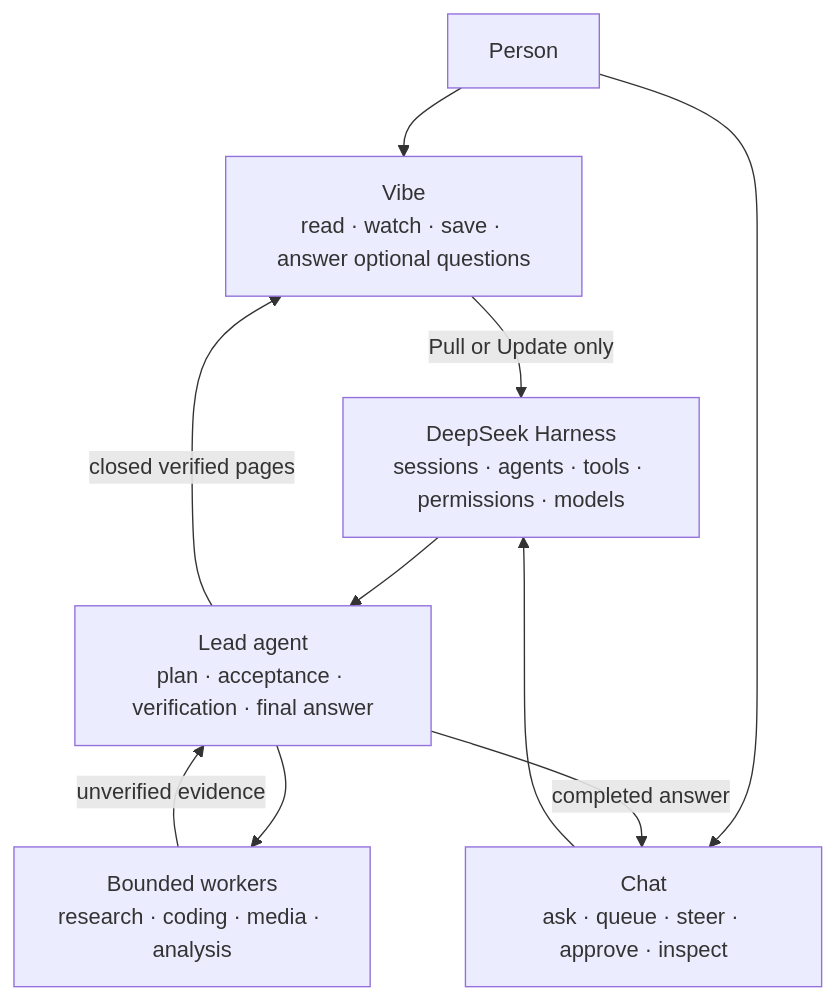
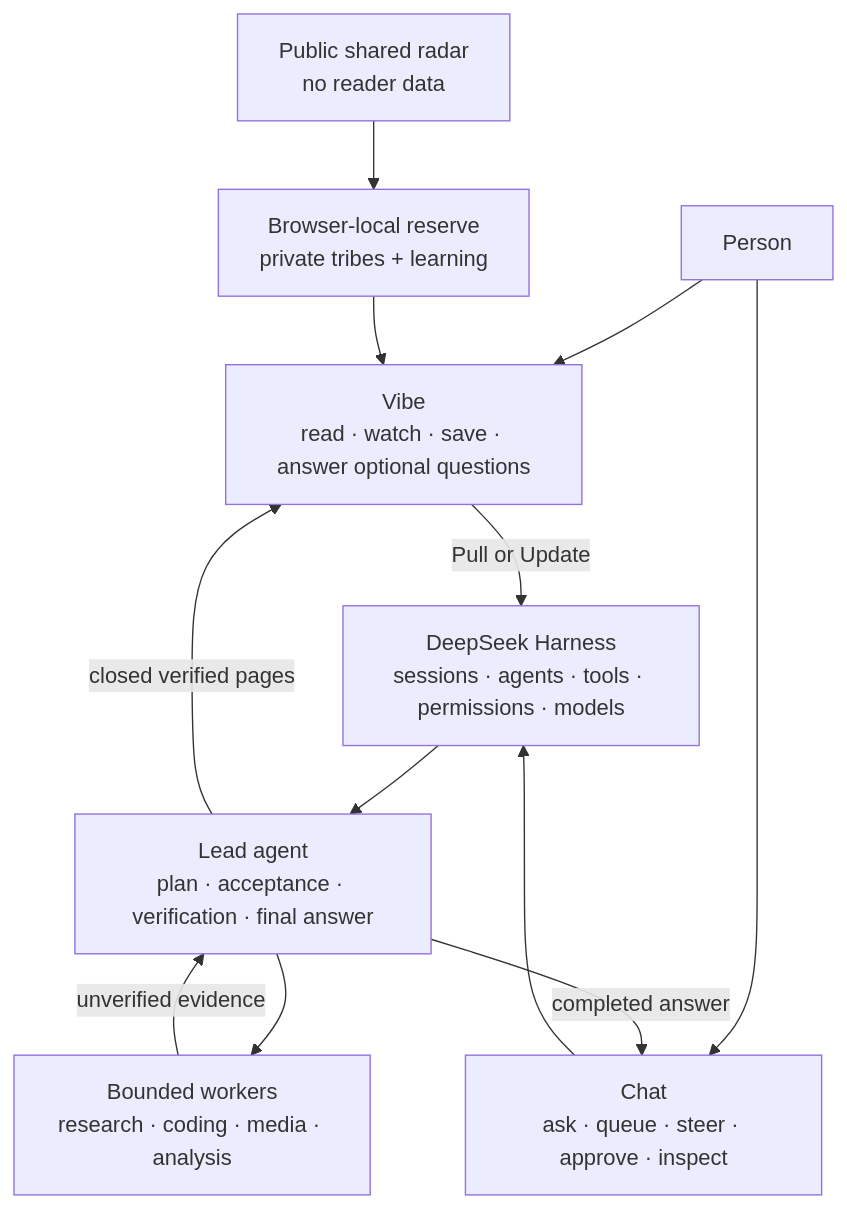
Before and after one commit to N9-Developer-Empowerment/DSH-Vibeify: the first of 3 diagrams in docs/HOW_IT_WORKS.md, drawn with Mermaid. The commit also changed other lines of this file and 40 other files, not shown here.

Commit message:
Add hybrid public radar and local editorial reserve

````diff
--- a/docs/HOW_IT_WORKS.md
+++ b/docs/HOW_IT_WORKS.md
@@ -19,19 +21,21 @@
 ```mermaid
 flowchart TB
     PERSON["Person"]
     VIBE["Vibe\nread · watch · save · answer optional questions"]
     CHAT["Chat\nask · queue · steer · approve · inspect"]
     DSH["DeepSeek Harness\nsessions · agents · tools · permissions · models"]
     LEAD["Lead agent\nplan · acceptance · verification · final answer"]
     WORKERS["Bounded workers\nresearch · coding · media · analysis"]
 
     PERSON --> VIBE
     PERSON --> CHAT
     CHAT --> DSH
-    VIBE -->|"Pull or Update only"| DSH
+    RADAR["Public shared radar\nno reader data"] --> RESERVE["Browser-local reserve\nprivate tribes + learning"]
+    RESERVE --> VIBE
+    VIBE -->|"Pull or Update"| DSH
     DSH --> LEAD
     LEAD --> WORKERS
     WORKERS -->|"unverified evidence"| LEAD
     LEAD -->|"completed answer"| CHAT
     LEAD -->|"closed verified pages"| VIBE
 ```
````
